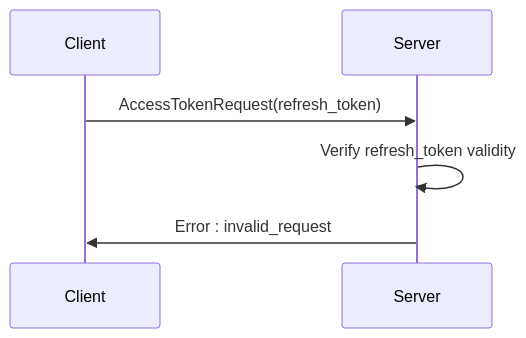
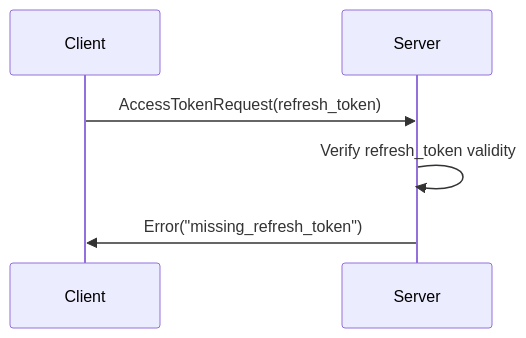
The eighth of 11 diagrams in kova/authentication/docs.md (adimian/kova), drawn with Mermaid before and after one commit. The commit also changed other lines of this file and 33 other files, not shown here.

````diff
--- a/kova/authentication/docs.md
+++ b/kova/authentication/docs.md
@@ -76,6 +87,6 @@
 ```mermaid
 sequenceDiagram
     Client ->> Server: AccessTokenRequest(refresh_token)
     Server ->> Server: Verify refresh_token validity
-    Server ->> Client: Error : invalid_request
+    Server ->> Client: Error("missing_refresh_token")
 ```
````
